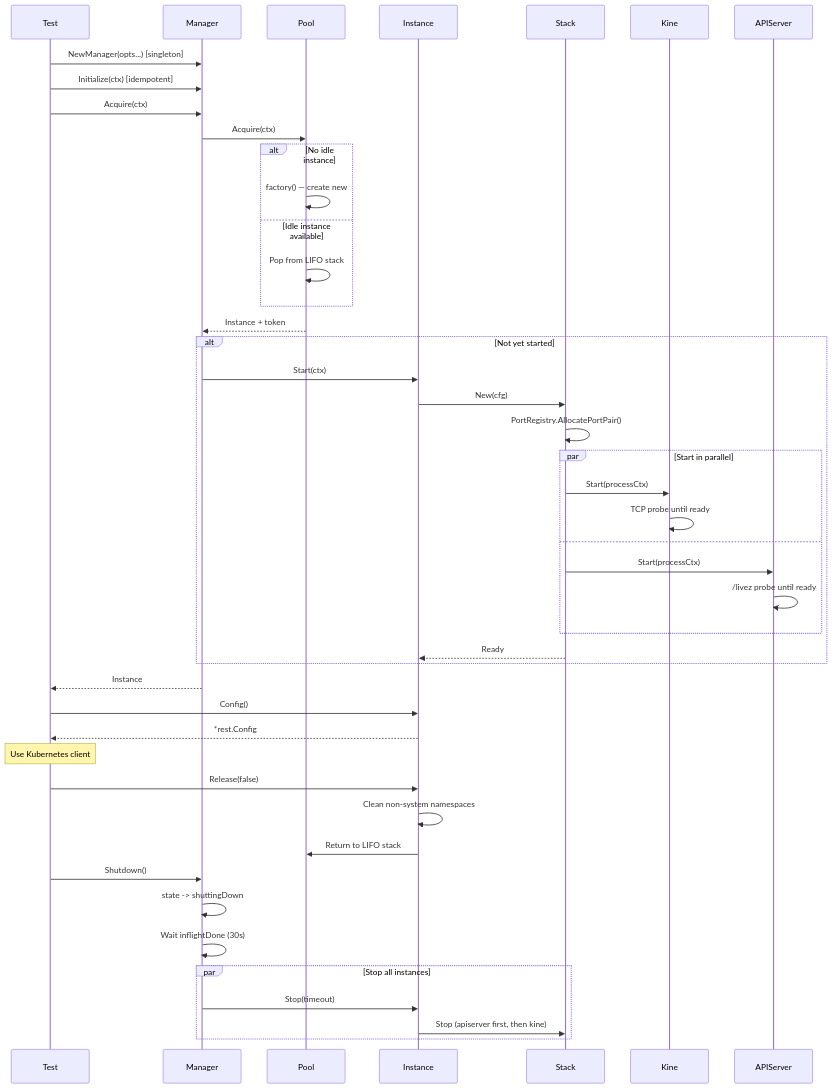
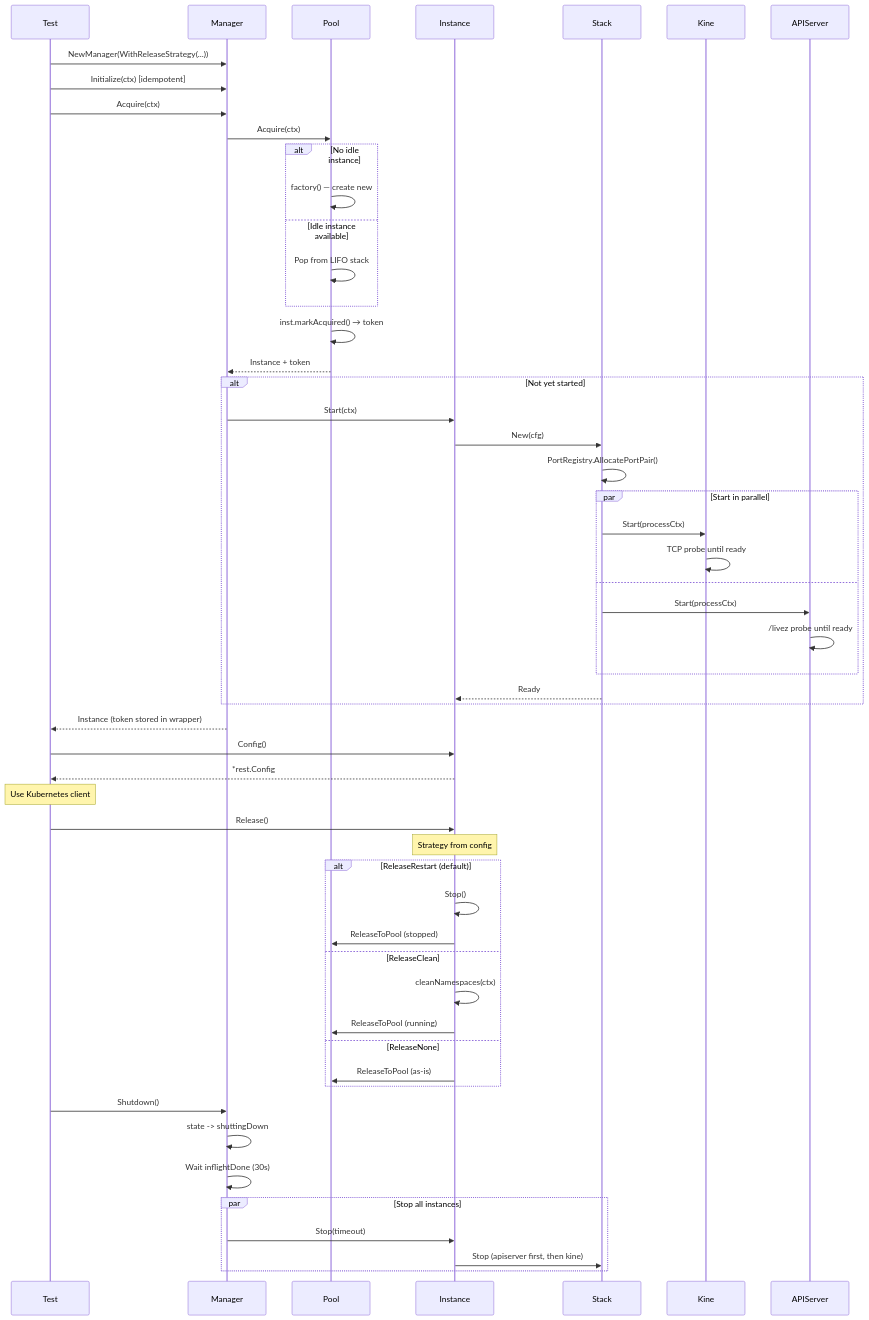
One commit to giantswarm/k8senv changed the second of 4 diagrams in docs/CODEBASE_MAP.md. Above: the diagram before and after it, drawn with Mermaid. The commit also changed other lines of this file and 43 other files, not shown here.

````diff
--- a/docs/CODEBASE_MAP.md
+++ b/docs/CODEBASE_MAP.md
@@ -471,55 +555,65 @@
 ```mermaid
 sequenceDiagram
     participant Test
     participant Manager
     participant Pool
     participant Instance
     participant Stack
     participant Kine
     participant APIServer
 
-    Test->>Manager: NewManager(opts...) [singleton]
+    Test->>Manager: NewManager(WithReleaseStrategy(...))
     Test->>Manager: Initialize(ctx) [idempotent]
     Test->>Manager: Acquire(ctx)
     Manager->>Pool: Acquire(ctx)
 
     alt No idle instance
         Pool->>Pool: factory() — create new
     else Idle instance available
         Pool->>Pool: Pop from LIFO stack
     end
 
+    Pool->>Pool: inst.markAcquired() → token
     Pool-->>Manager: Instance + token
 
     alt Not yet started
         Manager->>Instance: Start(ctx)
         Instance->>Stack: New(cfg)
         Stack->>Stack: PortRegistry.AllocatePortPair()
         par Start in parallel
             Stack->>Kine: Start(processCtx)
             Kine->>Kine: TCP probe until ready
         and
             Stack->>APIServer: Start(processCtx)
             APIServer->>APIServer: /livez probe until ready
         end
         Stack-->>Instance: Ready
     end
 
-    Manager-->>Test: Instance
+    Manager-->>Test: Instance (token stored in wrapper)
 
     Test->>Instance: Config()
     Instance-->>Test: *rest.Config
     Note over Test: Use Kubernetes client
 
-    Test->>Instance: Release(false)
-    Instance->>Instance: Clean non-system namespaces
-    Instance->>Pool: Return to LIFO stack
+    Test->>Instance: Release()
+    Note over Instance: Strategy from config
+
+    alt ReleaseRestart (default)
+        Instance->>Instance: Stop()
+        Instance->>Pool: ReleaseToPool (stopped)
+    else ReleaseClean
+        Instance->>Instance: cleanNamespaces(ctx)
+        Instance->>Pool: ReleaseToPool (running)
+    else ReleaseNone
+        Instance->>Pool: ReleaseToPool (as-is)
+    end
 
     Test->>Manager: Shutdown()
     Manager->>Manager: state -> shuttingDown
     Manager->>Manager: Wait inflightDone (30s)
     par Stop all instances
         Manager->>Instance: Stop(timeout)
         Instance->>Stack: Stop (apiserver first, then kine)
     end
 ```
````
